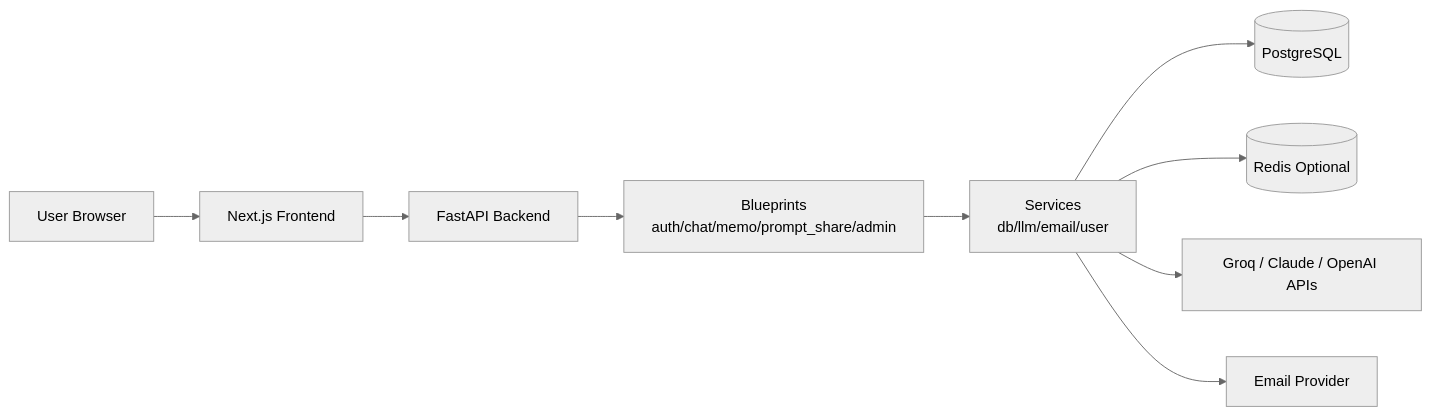
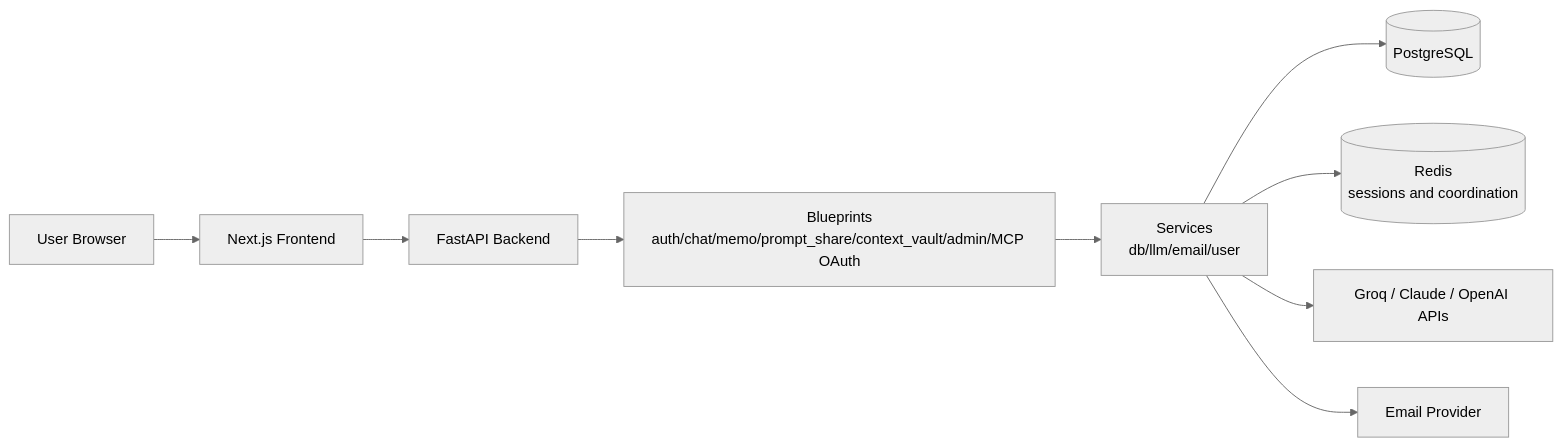
One commit to kota-kawa/ChatCore-AI changed the first of 2 diagrams in README.md. Above: the diagram before and after it, drawn with Mermaid (neutral theme). The commit also changed other lines of this file and 16 other files, not shown here.

````diff
--- a/README.md
+++ b/README.md
@@ -145,19 +147,19 @@
 ```mermaid
 flowchart LR
     U[User Browser]
     FE[Next.js Frontend]
     API[FastAPI Backend]
-    BP[Blueprints<br/>auth/chat/memo/prompt_share/admin]
+    BP[Blueprints<br/>auth/chat/memo/prompt_share/context_vault/admin/MCP OAuth]
     SV[Services<br/>db/llm/email/user]
     DB[(PostgreSQL)]
-    RD[(Redis Optional)]
+    RD[(Redis<br/>sessions and coordination)]
     LLM[Groq / Claude / OpenAI APIs]
     EM[Email Provider]
 
     U --> FE --> API
     API --> BP --> SV
     SV --> DB
     SV --> RD
     SV --> LLM
     SV --> EM
 ```
````
